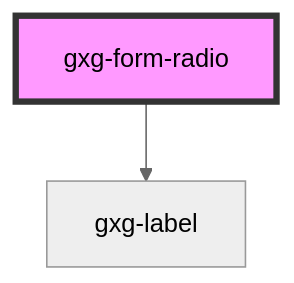
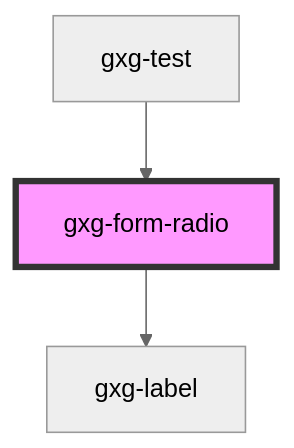
Before and after one commit to genexuslabs/gemini: the diagram in src/components/form-radio/readme.md, drawn with Mermaid (neutral theme). The commit also changed other lines of this file and 13 other files, not shown here.

````diff
--- a/src/components/form-radio/readme.md
+++ b/src/components/form-radio/readme.md
@@ -48,5 +52,6 @@
 ```mermaid
 graph TD;
   gxg-form-radio --> gxg-label
+  gxg-test --> gxg-form-radio
   style gxg-form-radio fill:#f9f,stroke:#333,stroke-width:4px
 ```
````
